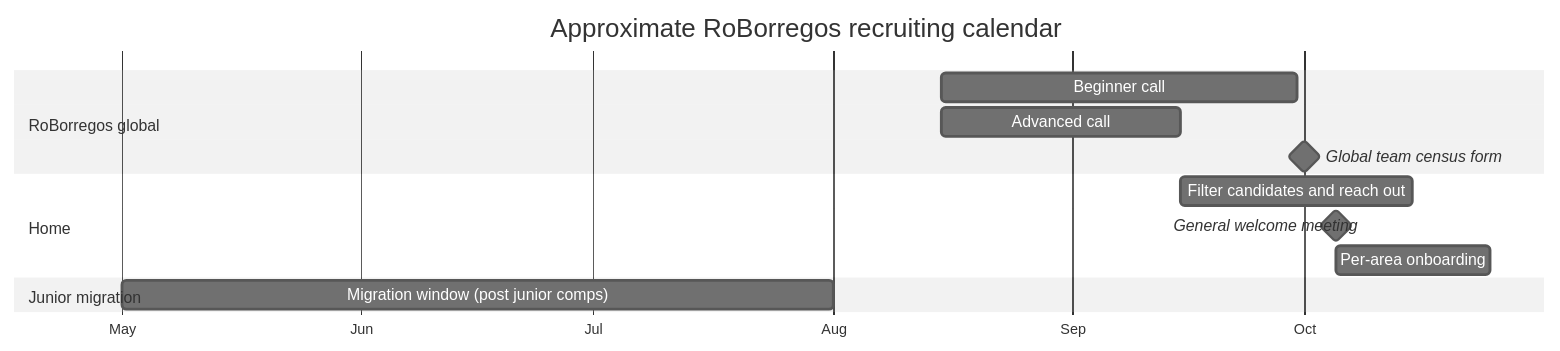
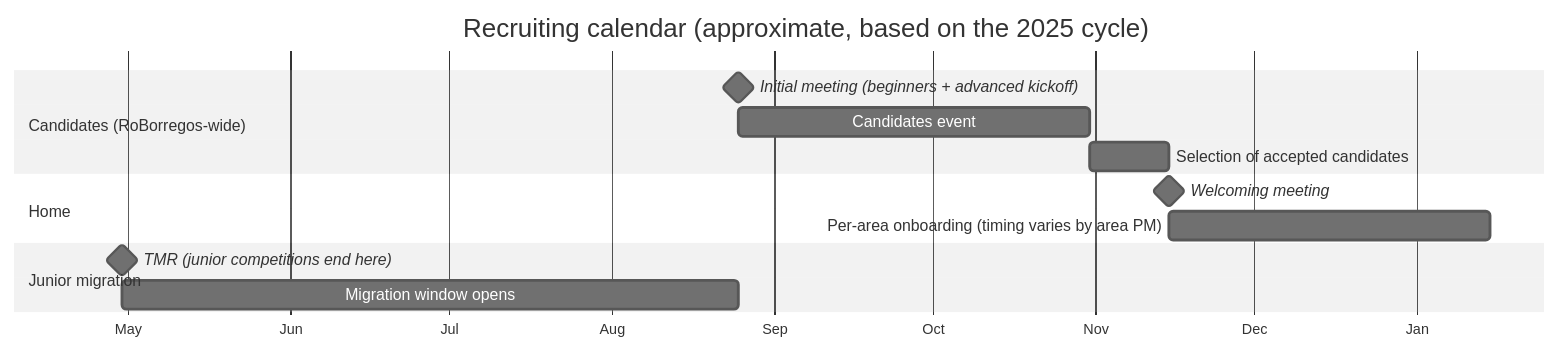
One commit to RoBorregos/Home-Docs changed the diagram in docs/development/pm/recruiting.md. Above: the diagram before and after it, drawn with Mermaid (neutral theme). The commit also changed other lines of this file and 3 other files, not shown here.

````diff
--- a/docs/development/pm/recruiting.md
+++ b/docs/development/pm/recruiting.md
@@ -48,16 +50,19 @@
 ```mermaid
 gantt
-    title Approximate RoBorregos recruiting calendar
+    title Recruiting calendar (approximate, based on the 2025 cycle)
     dateFormat YYYY-MM-DD
     axisFormat %b
-    section RoBorregos global
-    Beginner call : 2026-08-15, 2026-09-30
-    Advanced call : 2026-08-15, 2026-09-15
-    Global team census form : milestone, 2026-10-01, 0d
+
+    section Candidates (RoBorregos-wide)
+    Initial meeting (beginners + advanced kickoff) : milestone, 2025-08-25, 0d
+    Candidates event                               : 2025-08-25, 2025-10-31
+    Selection of accepted candidates               : 2025-10-31, 2025-11-15
+
     section Home
-    Filter candidates and reach out : 2026-09-15, 2026-10-15
-    General welcome meeting : milestone, 2026-10-05, 0d
-    Per-area onboarding : 2026-10-05, 2026-10-25
+    Welcoming meeting                              : milestone, 2025-11-15, 0d
+    Per-area onboarding (timing varies by area PM) : 2025-11-15, 2026-01-15
+
     section Junior migration
-    Migration window (post junior comps) : 2026-05-01, 2026-08-01
+    TMR (junior competitions end here)             : milestone, 2025-04-30, 0d
+    Migration window opens                         : 2025-04-30, 2025-08-25
 ```
````
